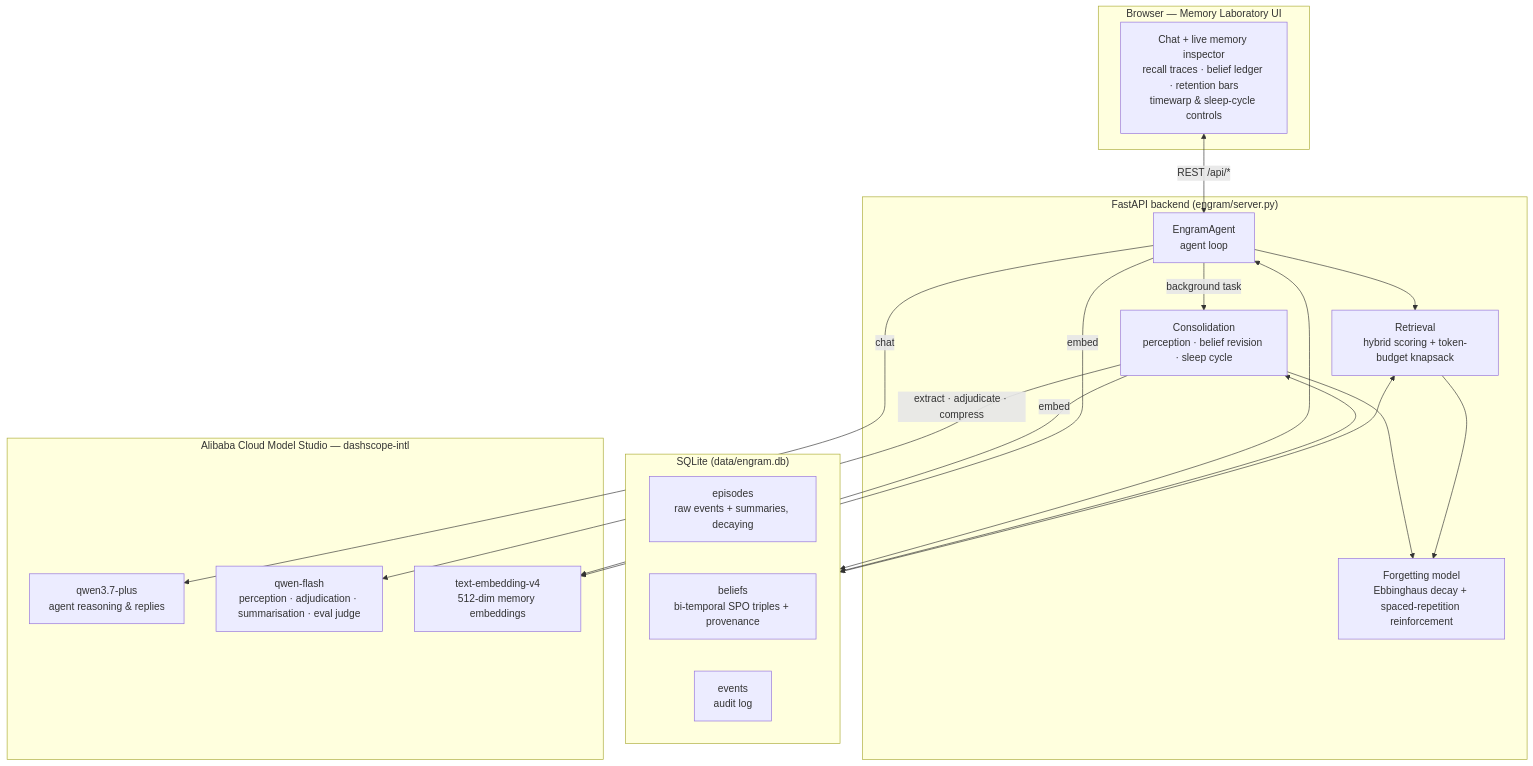
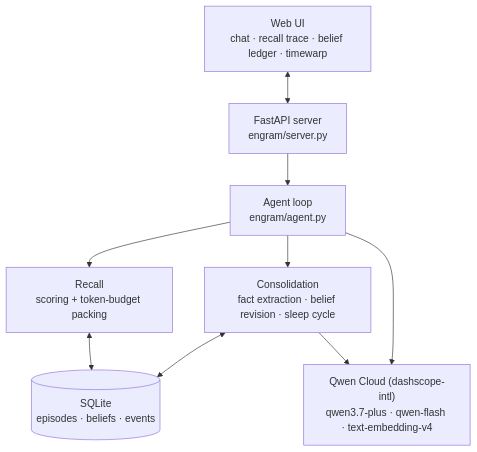
The diagram in README.md (abdelaalimouid/Engram-v1), drawn with Mermaid before and after one commit. The commit also changed other lines of this file and 13 other files, not shown here.

Commit message:
Rewrite README and architecture docs, clean up diagram and copy

````diff
--- a/README.md
+++ b/README.md
@@ -28,37 +40,19 @@
 ```mermaid
-flowchart TB
-    subgraph client["Browser — Memory Laboratory UI"]
-        UI["Chat + live memory inspector<br/>recall traces · belief ledger · retention bars<br/>timewarp & sleep-cycle controls"]
-    end
+flowchart TD
+    UI["Web UI<br/>chat · recall trace · belief ledger · timewarp"]
+    API["FastAPI server<br/>engram/server.py"]
+    AGENT["Agent loop<br/>engram/agent.py"]
+    RECALL["Recall<br/>scoring + token-budget packing"]
+    CONS["Consolidation<br/>fact extraction · belief revision · sleep cycle"]
+    DB[("SQLite<br/>episodes · beliefs · events")]
+    QWEN["Qwen Cloud (dashscope-intl)<br/>qwen3.7-plus · qwen-flash · text-embedding-v4"]
 
-    subgraph backend["FastAPI backend (engram/server.py)"]
-        AGENT["EngramAgent<br/>agent loop"]
-        RET["Retrieval<br/>hybrid scoring + token-budget knapsack"]
-        CONS["Consolidation<br/>perception · belief revision · sleep cycle"]
-        FORGET["Forgetting model<br/>Ebbinghaus decay + spaced-repetition reinforcement"]
-    end
-
-    subgraph storage["SQLite (data/engram.db)"]
-        EP["episodes<br/>raw events + summaries, decaying"]
-        BEL["beliefs<br/>bi-temporal SPO triples + provenance"]
-        EV["events<br/>audit log"]
-    end
-
-    subgraph qwen["Alibaba Cloud Model Studio — dashscope-intl"]
-        PLUS["qwen3.7-plus<br/>agent reasoning & replies"]
-        FLASH["qwen-flash<br/>perception · adjudication · summarisation · eval judge"]
-        EMB["text-embedding-v4<br/>512-dim memory embeddings"]
-    end
-
-    UI <-->|REST /api/*| AGENT
-    AGENT --> RET
-    AGENT -->|background task| CONS
-    RET --> FORGET
-    CONS --> FORGET
-    RET <--> storage
-    CONS <--> storage
-    AGENT <--> storage
-    AGENT -->|chat| PLUS
-    CONS -->|extract · adjudicate · compress| FLASH
-    AGENT & CONS -->|embed| EMB
+    UI <--> API
+    API --> AGENT
+    AGENT --> RECALL
+    AGENT --> CONS
+    RECALL <--> DB
+    CONS <--> DB
+    AGENT --> QWEN
+    CONS --> QWEN
 ```
````
